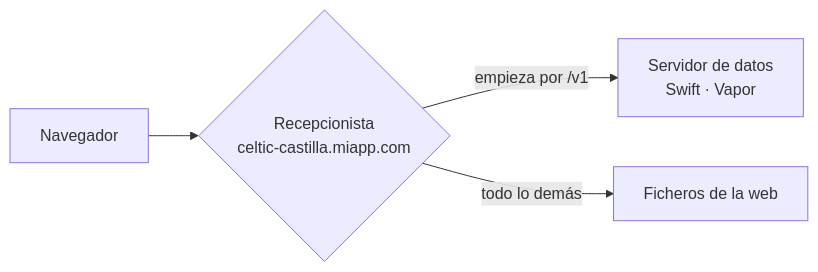
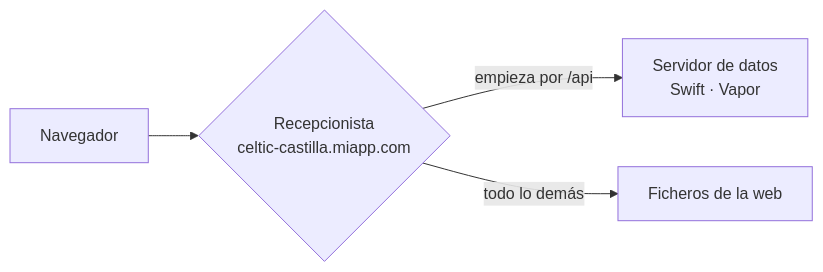
Before and after one commit to tongilcoto/mbs-TFM: the second of 2 diagrams in docs/lessonsToLearn/CORS explicado sencillo - la web y la API en la misma dirección.md, drawn with Mermaid. The commit also changed other lines of this file and 1 other file, not shown here.

First line of the commit message:
docs(adr-backoffice, cors): el reparto pasa a /api, como decide el LLD §1.3

````diff
--- a/docs/lessonsToLearn/CORS explicado sencillo - la web y la API en la misma dirección.md
+++ b/docs/lessonsToLearn/CORS explicado sencillo - la web y la API en la misma dirección.md
@@ -87,6 +87,6 @@
 ```mermaid
 flowchart LR
     N[Navegador] --> R{Recepcionista<br/>celtic-castilla.miapp.com}
-    R -- "empieza por /v1" --> S[Servidor de datos<br/>Swift · Vapor]
+    R -- "empieza por /api" --> S[Servidor de datos<br/>Swift · Vapor]
     R -- "todo lo demás" --> W[Ficheros de la web]
 ```
````
